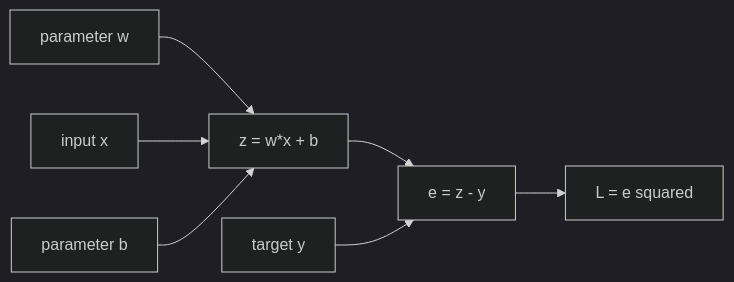
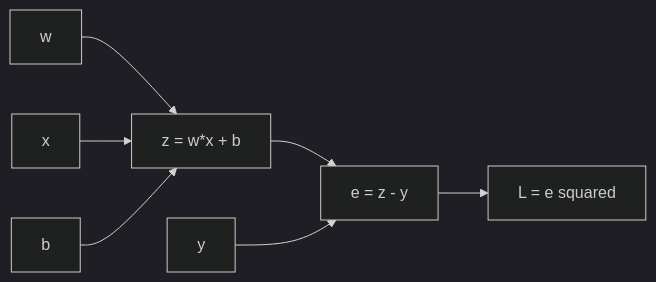
The diagram in ai_theory/T4/T4.md (FxorG00/system-learning-notes), drawn with Mermaid (dark theme) before and after one commit. The commit also changed other lines of this file and 9 other files, not shown here.

````diff
--- a/ai_theory/T4/T4.md
+++ b/ai_theory/T4/T4.md
@@ -57,9 +157,9 @@
 ```mermaid
 flowchart LR
-    W["parameter w"] --> Z["z = w*x + b"]
-    X["input x"] --> Z
-    B["parameter b"] --> Z
+    W["w"] --> Z["z = w*x + b"]
+    X["x"] --> Z
+    B["b"] --> Z
     Z --> E["e = z - y"]
-    Y["target y"] --> E
+    Y["y"] --> E
     E --> L["L = e squared"]
 ```
````
